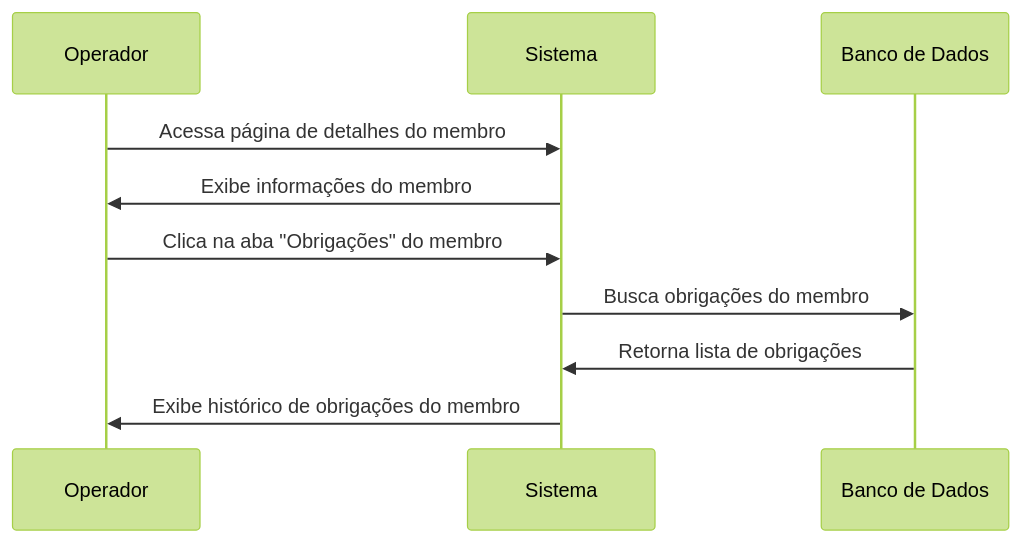
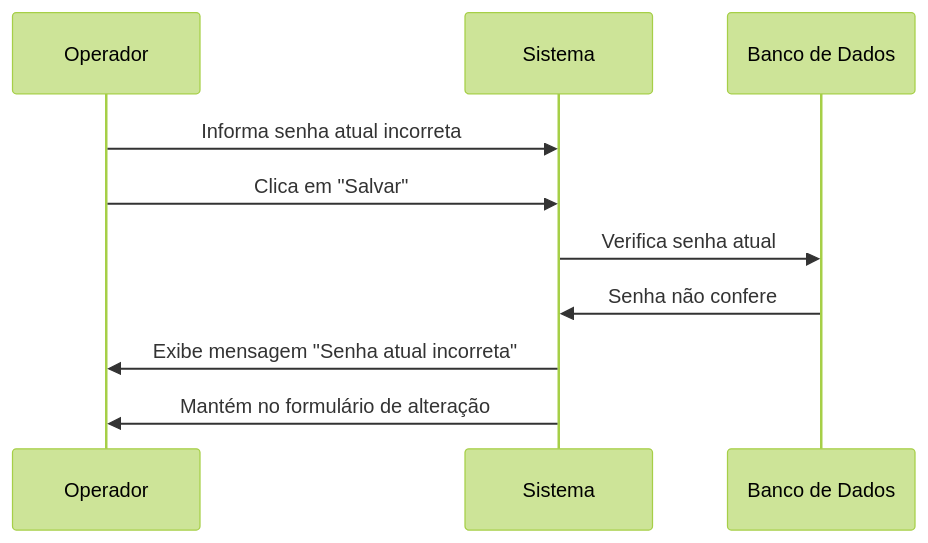
Before and after one commit to Bomsalvez/quilombo-docs: the third of 5 diagrams in Writerside/topics/RF13.md, drawn with Mermaid (forest theme). The commit also changed other lines of this file and 34 other files, not shown here.

````diff
--- a/Writerside/topics/RF13.md
+++ b/Writerside/topics/RF13.md
@@ -75,13 +85,13 @@
 ```mermaid
 sequenceDiagram
     participant O as Operador
     participant S as Sistema
     participant DB as Banco de Dados
     
-    O->>S: Acessa página de detalhes do membro
-    S->>O: Exibe informações do membro
-    O->>S: Clica na aba "Obrigações" do membro
-    S->>DB: Busca obrigações do membro
-    DB->>S: Retorna lista de obrigações
-    S->>O: Exibe histórico de obrigações do membro
+    O->>S: Informa senha atual incorreta
+    O->>S: Clica em "Salvar"
+    S->>DB: Verifica senha atual
+    DB->>S: Senha não confere
+    S->>O: Exibe mensagem "Senha atual incorreta"
+    S->>O: Mantém no formulário de alteração
 ```
````
